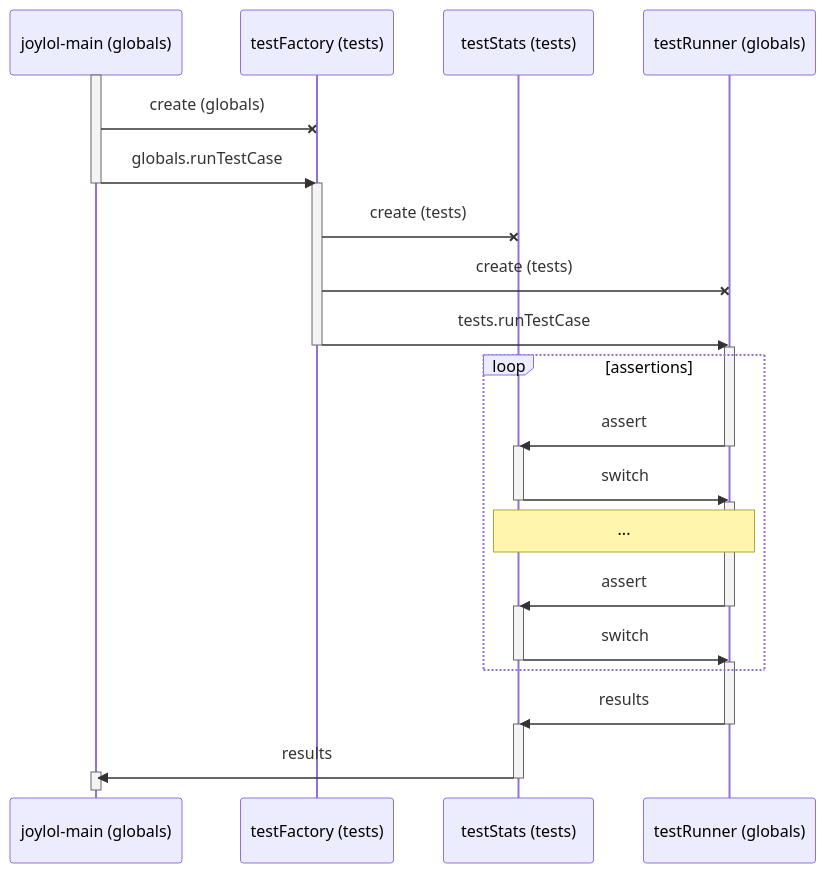
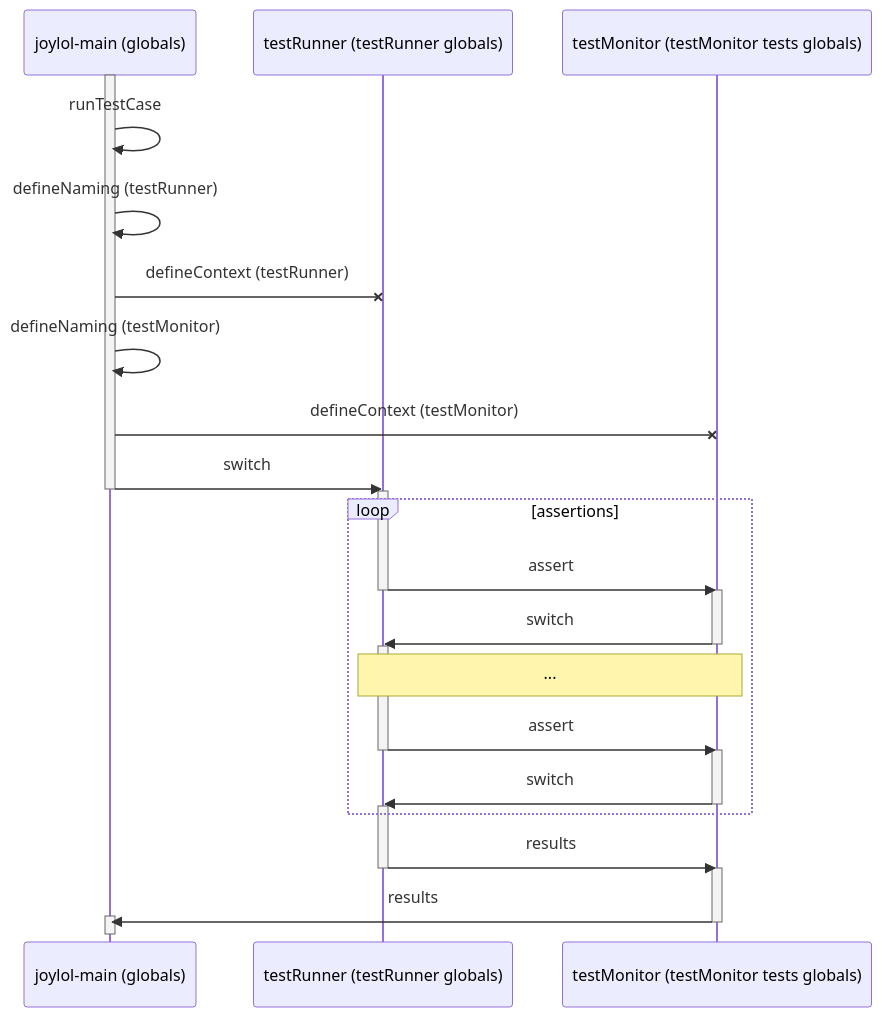
The diagram in module/t-joylol-coalg/doc/context/third/joyLoLCoAlg/runJoylolTestCase.mmd (stephengaito/documentArchive), drawn with Mermaid before and after one commit. The commit also changed 4 other files, not shown here.

Commit message:
continued work on runTestCase

```diff
--- a/module/t-joylol-coalg/doc/context/third/joyLoLCoAlg/runJoylolTestCase.mmd
+++ b/module/t-joylol-coalg/doc/context/third/joyLoLCoAlg/runJoylolTestCase.mmd
@@ -1,39 +1,37 @@
 sequenceDiagram
   participant m as joylol-main (globals)
-  participant tf as testFactory (tests)
-  participant ts as testStats (tests)
-  participant tr as testRunner (globals)
+  participant tr as testRunner (testRunner globals)
+  participant tm as testMonitor (testMonitor tests globals)
 
   %% specify context switches
   activate m
-  m -X tf : create (globals)
-  m ->> tf : globals.runTestCase
+  m ->> m : runTestCase
+  m ->> m : defineNaming (testRunner)
+  m -X tr : defineContext (testRunner)
+  m ->> m : defineNaming (testMonitor)
+  m -X tm : defineContext (testMonitor)
+  m ->> tr : switch
   deactivate m
-  activate tf
-  tf -X ts : create (tests)
-  tf -X tr : create (tests)
-  tf ->> tr : tests.runTestCase
-  deactivate tf
   activate tr
   loop assertions
-    tr ->> ts : assert
+    tr ->> tm : assert
     deactivate tr
-   activate ts
-    ts ->> tr : switch
-   deactivate ts
-   activate tr
-    note over ts,tr :     ...
-    tr ->> ts : assert
+    activate tm
+    tm ->> tr : switch
+    deactivate tm
+    activate tr
+    note over tr,tm :     ...
+    tr ->> tm : assert
     deactivate tr
-    activate ts
-    ts ->> tr : switch
-    deactivate ts
+    activate tm
+    tm ->> tr : switch
+    deactivate tm
     activate tr
   end
-  tr ->> ts : results
+  tr ->> tm : results
   deactivate tr
-  activate ts
-  ts ->> m : results
-  deactivate ts
+  activate tm
+  tm ->> m : results
+  deactivate tm
   activate m
   deactivate m
```
